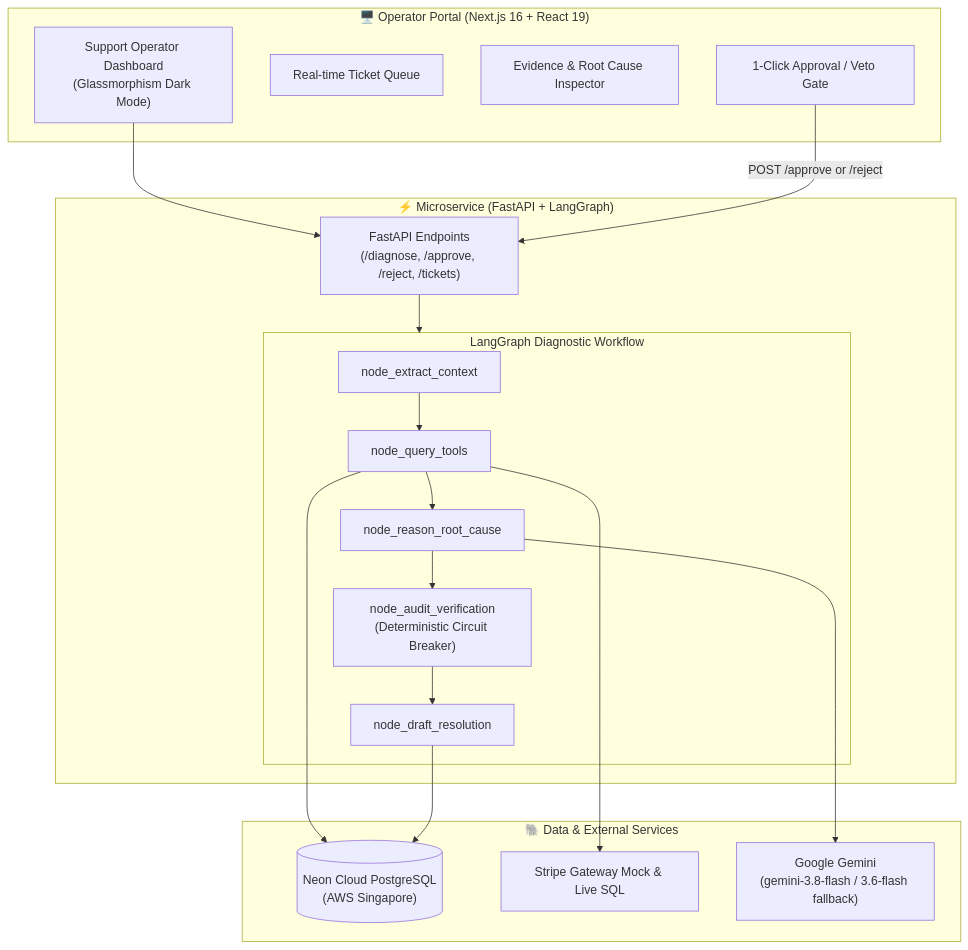
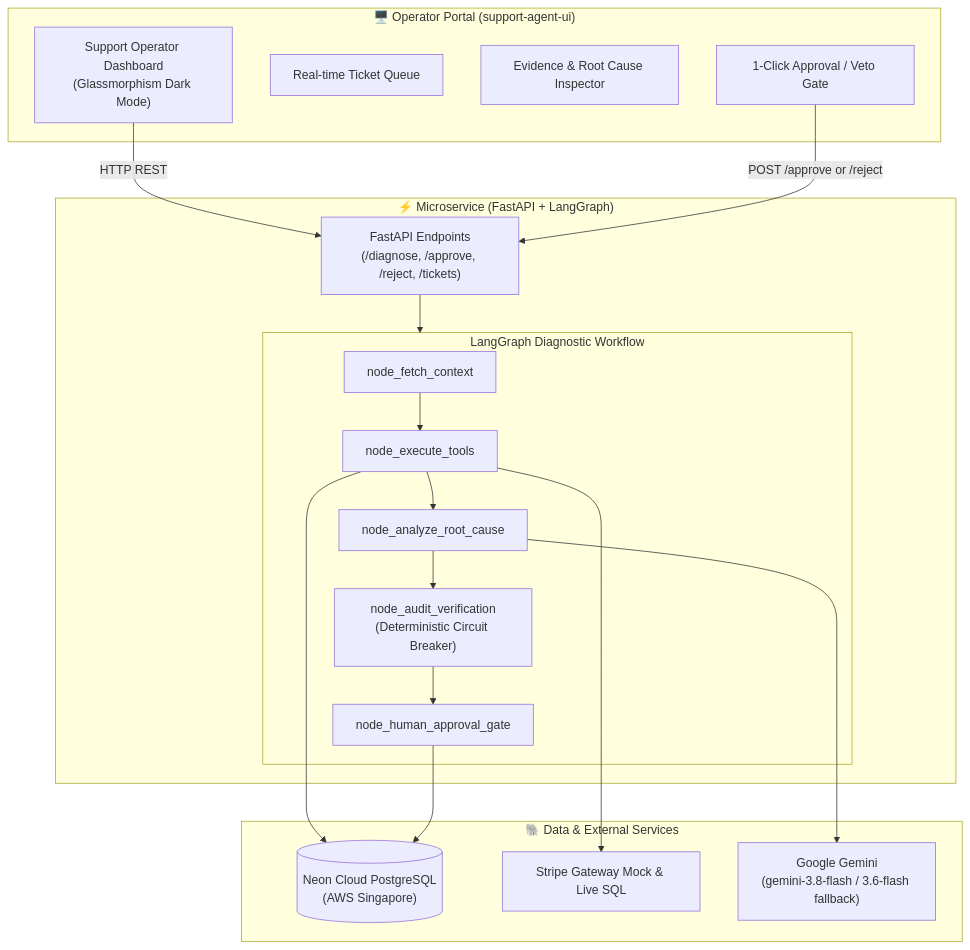
One commit to Nijanthan-v/AI-Agent changed the diagram in README.md. Above: the diagram before and after it, drawn with Mermaid. The commit also changed other lines of this file and 20 other files, not shown here.

Commit message:
refactor: decouple frontend into standalone support-agent-ui repository

````diff
--- a/README.md
+++ b/README.md
@@ -11,34 +11,34 @@
 ```mermaid
 flowchart TD
-    subgraph Frontend["🖥️ Operator Portal (Next.js 16 + React 19)"]
+    subgraph Frontend["🖥️ Operator Portal (support-agent-ui)"]
         UI["Support Operator Dashboard\n(Glassmorphism Dark Mode)"]
         Queue["Real-time Ticket Queue"]
         Inspector["Evidence & Root Cause Inspector"]
         HITL["1-Click Approval / Veto Gate"]
     end
 
     subgraph Backend["⚡ Microservice (FastAPI + LangGraph)"]
         API["FastAPI Endpoints\n(/diagnose, /approve, /reject, /tickets)"]
         
         subgraph Graph["LangGraph Diagnostic Workflow"]
-            N1["node_extract_context"] --> N2["node_query_tools"]
-            N2 --> N3["node_reason_root_cause"]
+            N1["node_fetch_context"] --> N2["node_execute_tools"]
+            N2 --> N3["node_analyze_root_cause"]
             N3 --> N4["node_audit_verification\n(Deterministic Circuit Breaker)"]
-            N4 --> N5["node_draft_resolution"]
+            N4 --> N5["node_human_approval_gate"]
         end
     end
 
     subgraph DataLayer["🐘 Data & External Services"]
         NeonDB[("Neon Cloud PostgreSQL\n(AWS Singapore)")]
         Stripe["Stripe Gateway Mock & Live SQL"]
         LLM["Google Gemini\n(gemini-3.8-flash / 3.6-flash fallback)"]
     end
 
-    UI --> API
+    UI -->|HTTP REST| API
     API --> Graph
     N2 --> NeonDB
     N2 --> Stripe
     N3 --> LLM
     N5 --> NeonDB
     HITL -->|POST /approve or /reject| API
 ```
````
